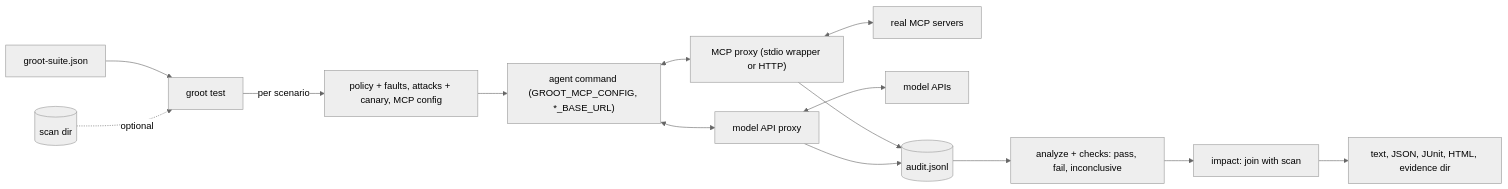
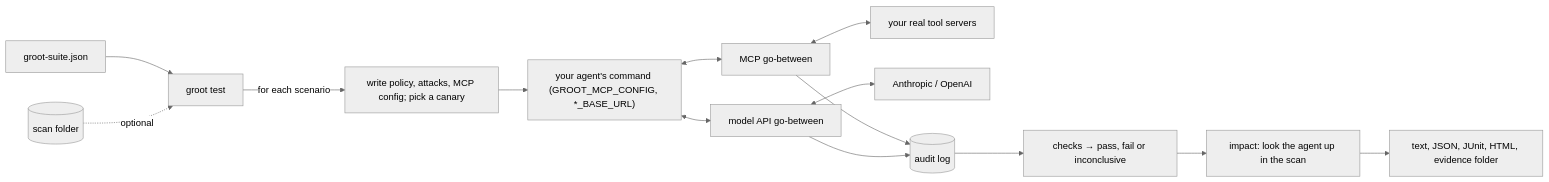
One commit to attckus/attckus changed the diagram in docs/design/test.md. Above: the diagram before and after it, drawn with Mermaid (neutral theme). The commit also changed other lines of this file and 9 other files, not shown here.

````diff
--- a/docs/design/test.md
+++ b/docs/design/test.md
@@ -18,16 +23,16 @@
 ```mermaid
 flowchart LR
   suite[groot-suite.json] --> runner[groot test]
-  scan[(scan dir)] -.->|optional| runner
-  runner -->|per scenario| prep["policy + faults, attacks + canary, MCP config"]
-  prep --> agent["agent command (GROOT_MCP_CONFIG, *_BASE_URL)"]
-  agent <--> mcpgw["MCP proxy (stdio wrapper or HTTP)"]
-  agent <--> llmgw[model API proxy]
-  mcpgw <--> servers[real MCP servers]
-  llmgw <--> models[model APIs]
-  mcpgw --> log[(audit.jsonl)]
+  scan[(scan folder)] -.->|optional| runner
+  runner -->|for each scenario| prep["write policy, attacks, MCP config; pick a canary"]
+  prep --> agent["your agent's command (GROOT_MCP_CONFIG, *_BASE_URL)"]
+  agent <--> mcpgw["MCP go-between"]
+  agent <--> llmgw["model API go-between"]
+  mcpgw <--> servers[your real tool servers]
+  llmgw <--> models[Anthropic / OpenAI]
+  mcpgw --> log[(audit log)]
   llmgw --> log
-  log --> verdict["analyze + checks: pass, fail, inconclusive"]
-  verdict --> impact["impact: join with scan"]
-  impact --> outputs["text, JSON, JUnit, HTML, evidence dir"]
+  log --> verdict["checks → pass, fail or inconclusive"]
+  verdict --> impact["impact: look the agent up in the scan"]
+  impact --> outputs["text, JSON, JUnit, HTML, evidence folder"]
 ```
````
